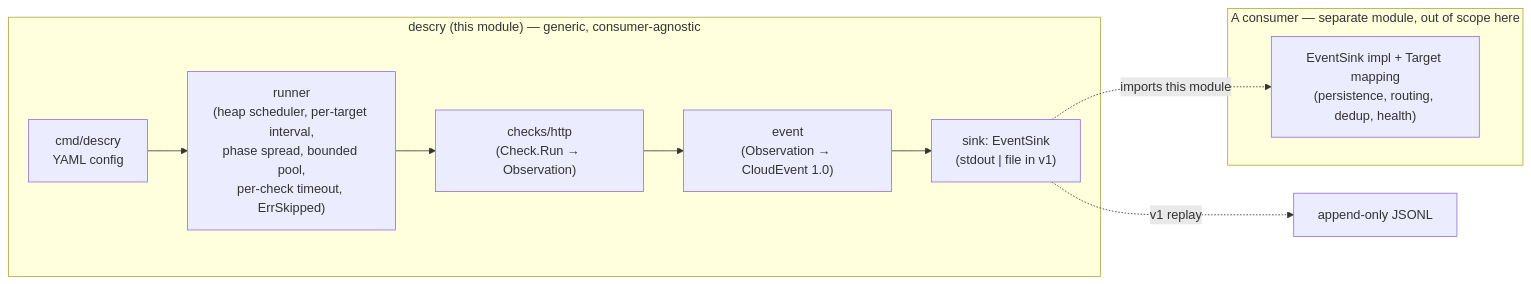
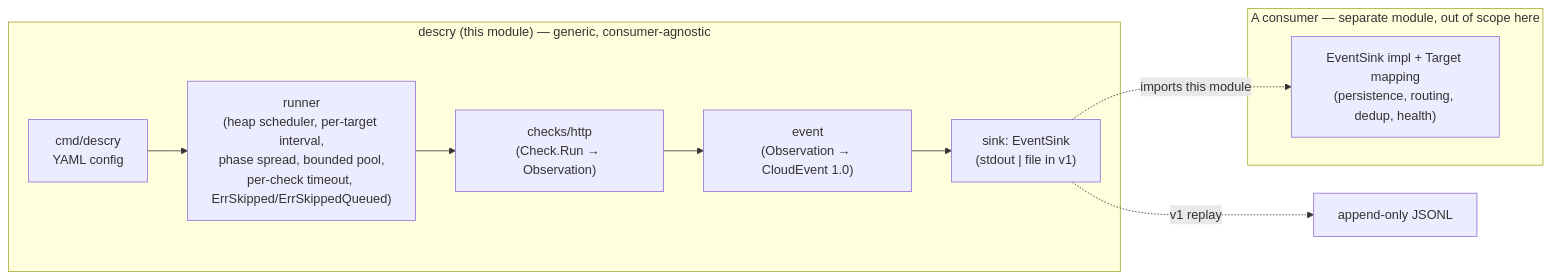
One commit to fairbearlab/descry changed the diagram in docs/ARCHITECTURE.md. Above: the diagram before and after it, drawn with Mermaid. The commit also changed 13 other files, not shown here.

````diff
--- a/docs/ARCHITECTURE.md
+++ b/docs/ARCHITECTURE.md
@@ -20,14 +20,14 @@
 ```mermaid
 flowchart LR
   subgraph engine["descry (this module) — generic, consumer-agnostic"]
-    CFG["cmd/descry<br/>YAML config"] --> RUN["runner<br/>(heap scheduler, per-target interval,<br/>phase spread, bounded pool,<br/>per-check timeout, ErrSkipped)"]
+    CFG["cmd/descry<br/>YAML config"] --> RUN["runner<br/>(heap scheduler, per-target interval,<br/>phase spread, bounded pool,<br/>per-check timeout, ErrSkipped/ErrSkippedQueued)"]
     RUN --> CHK["checks/http<br/>(Check.Run → Observation)"]
     CHK --> EVT["event<br/>(Observation → CloudEvent 1.0)"]
     EVT --> SINK["sink: EventSink<br/>(stdout | file in v1)"]
   end
   subgraph consumer["A consumer — separate module, out of scope here"]
     ADP["EventSink impl + Target mapping<br/>(persistence, routing, dedup, health)"]
   end
   SINK -. v1 replay .-> FILE["append-only JSONL"]
   SINK -.->|imports this module| ADP
 ```
````
